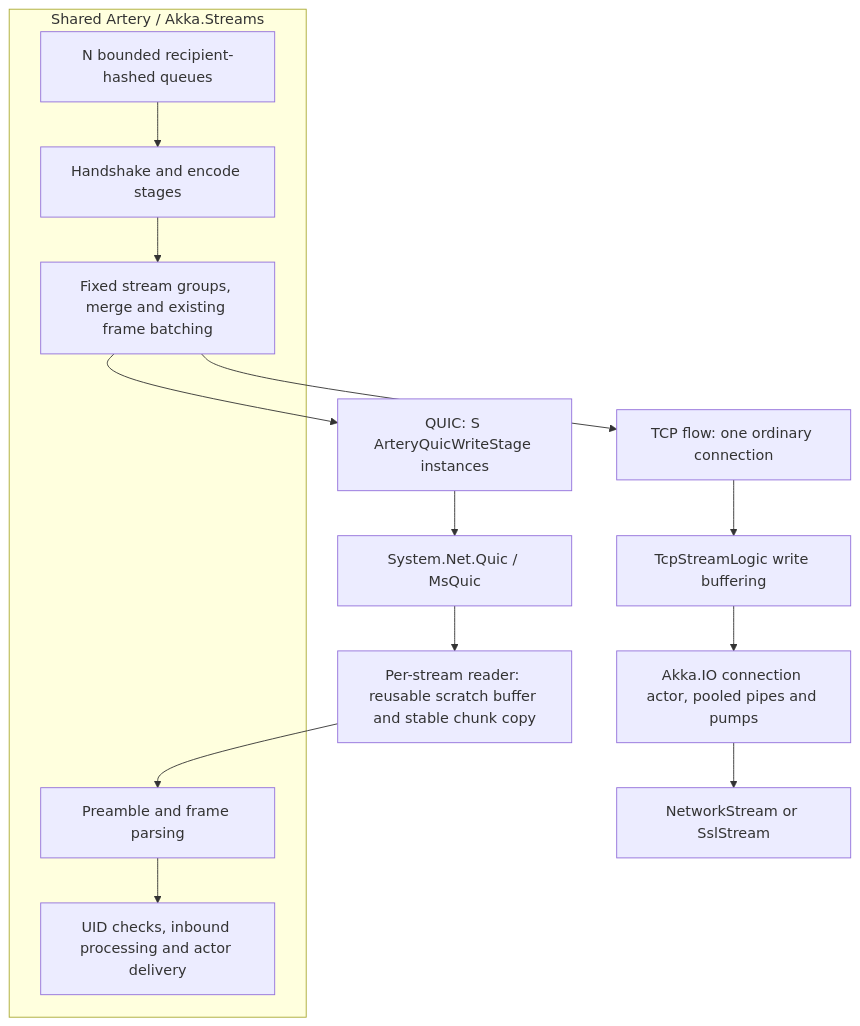
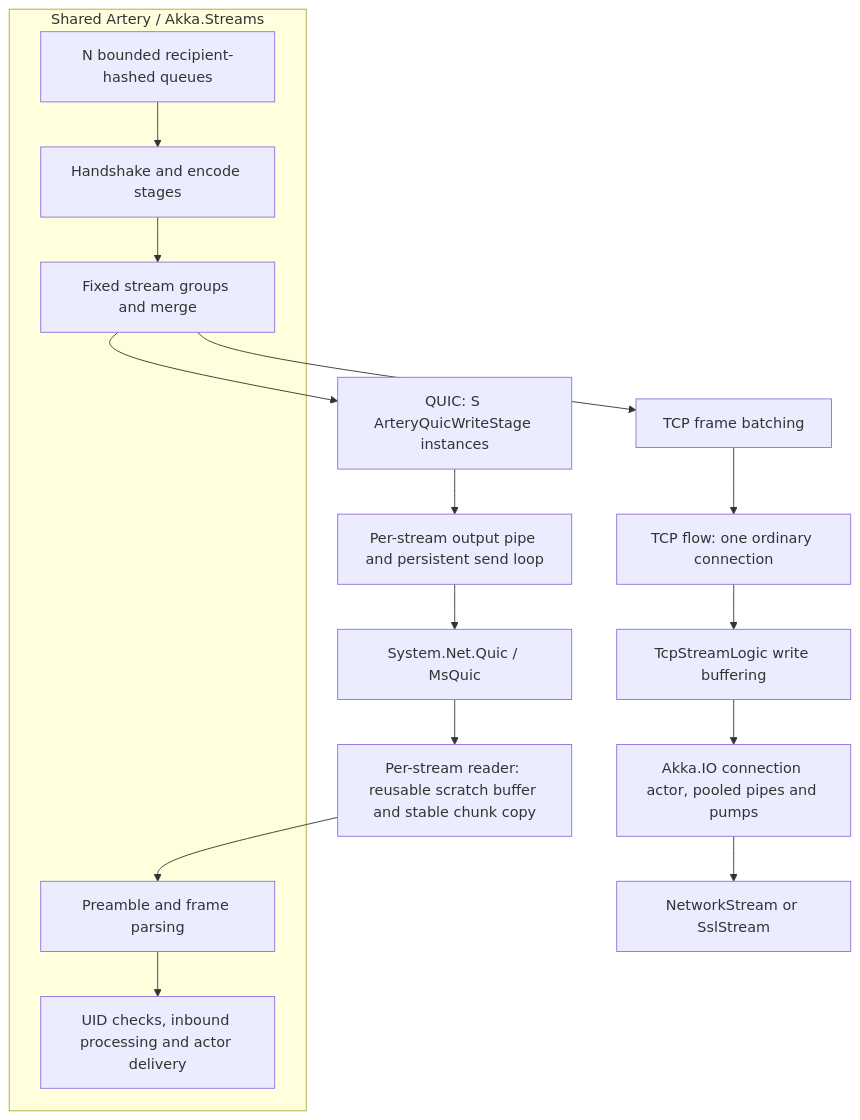
One commit to Aaronontheweb/akka.net changed the first of 3 diagrams in openspec/changes/artery-quic-prototype/design.md. Above: the diagram before and after it, drawn with Mermaid. The commit also changed other lines of this file and 6 other files, not shown here.

Commit message:
Experiment with bounded per-stream QUIC pipe accumulation

````diff
--- a/openspec/changes/artery-quic-prototype/design.md
+++ b/openspec/changes/artery-quic-prototype/design.md
@@ -19,16 +19,18 @@
 ```mermaid
 flowchart TB
     subgraph Artery["Shared Artery / Akka.Streams"]
         Q["N bounded recipient-hashed queues"] --> H["Handshake and encode stages"]
-        H --> G["Fixed stream groups, merge and existing frame batching"]
+        H --> G["Fixed stream groups and merge"]
         R["Preamble and frame parsing"] --> I["UID checks, inbound processing and actor delivery"]
     end
-    G --> T["TCP flow: one ordinary connection"]
+    G --> B["TCP frame batching"]
+    B --> T["TCP flow: one ordinary connection"]
     T --> TS["TcpStreamLogic write buffering"]
     TS --> IO["Akka.IO connection actor, pooled pipes and pumps"]
     IO --> TCP["NetworkStream or SslStream"]
     G --> W["QUIC: S ArteryQuicWriteStage instances"]
-    W --> NATIVE["System.Net.Quic / MsQuic"]
+    W --> OP["Per-stream output pipe and persistent send loop"]
+    OP --> NATIVE["System.Net.Quic / MsQuic"]
     NATIVE --> RD["Per-stream reader: reusable scratch buffer and stable chunk copy"]
     RD --> R
 ```
````
